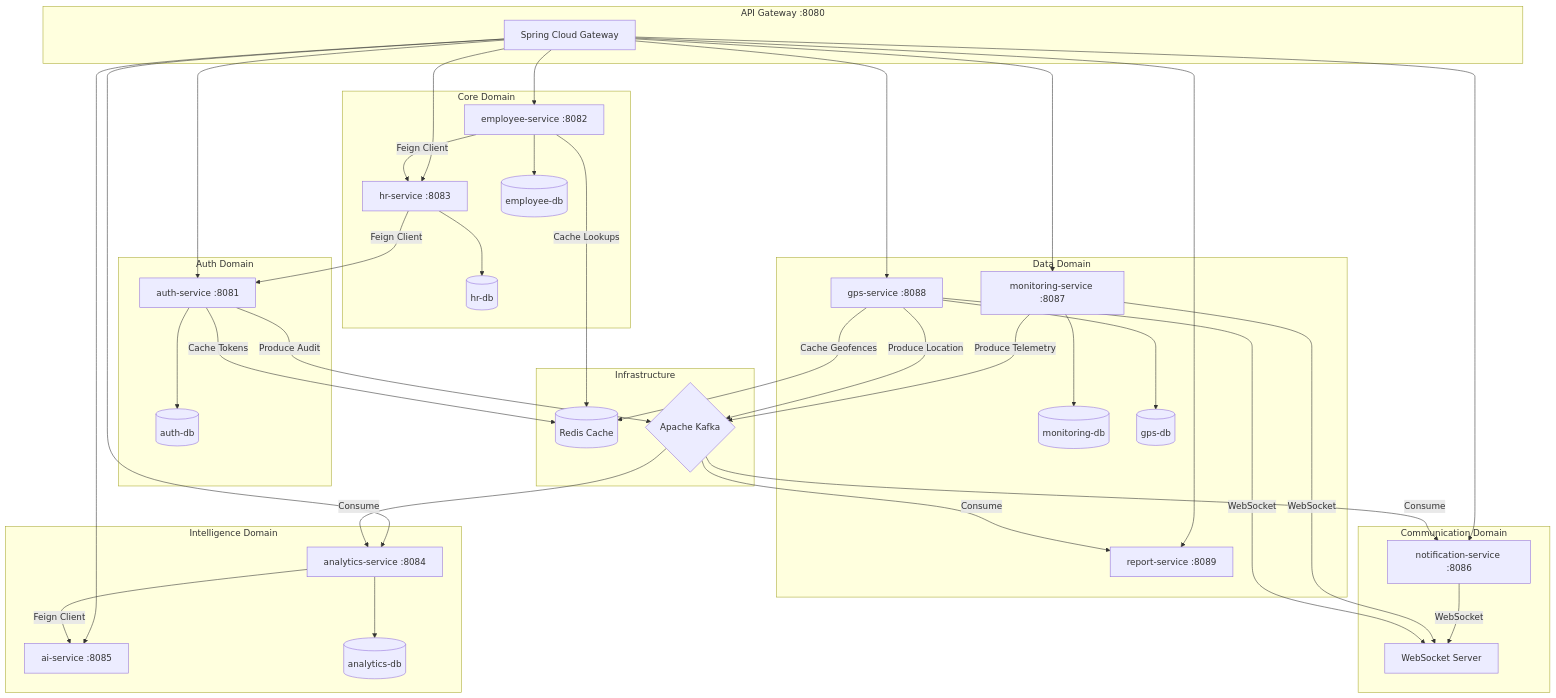
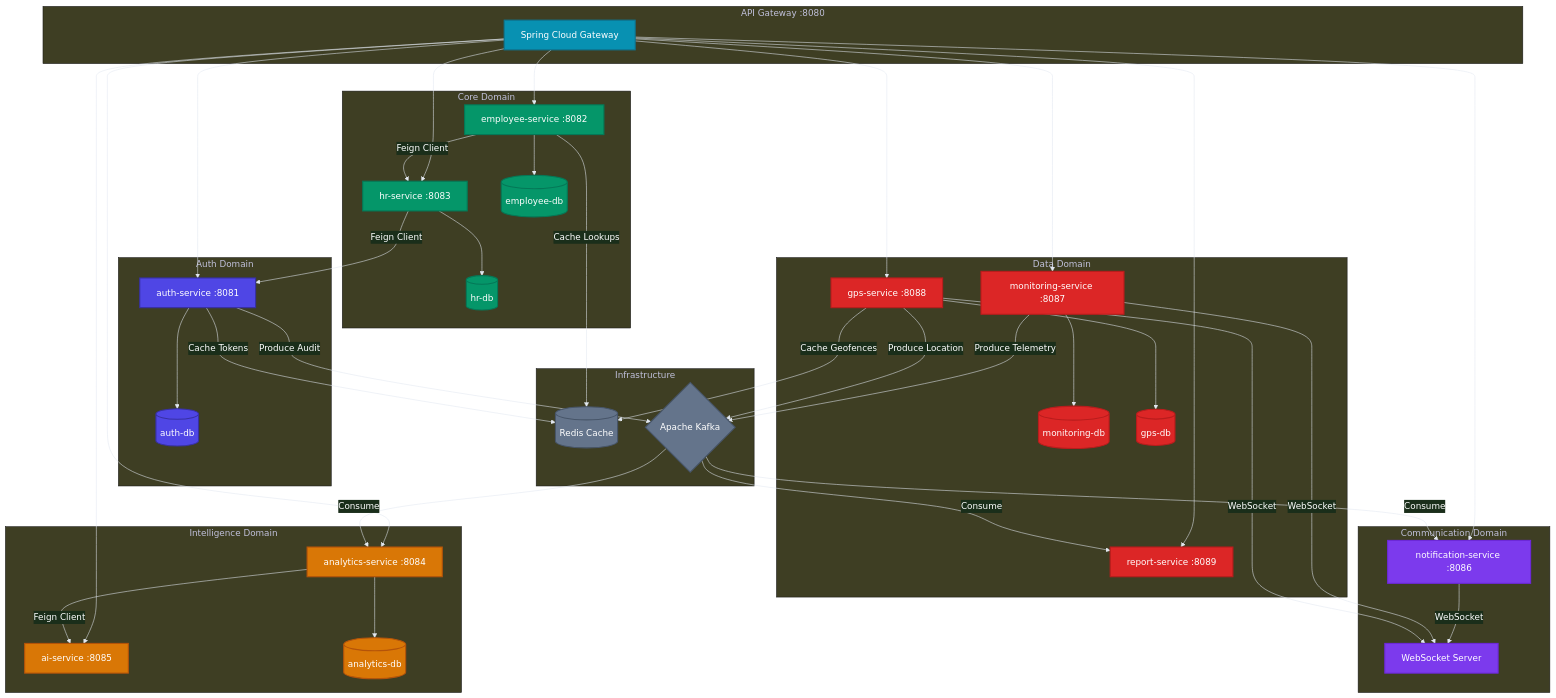
Diagram 11 of 12 in project_overview/FLOW_DIAGRAMS.md (GaganCB2002/WorkSphere-Enterprise-Grade-Activity-Intelligence_V1), drawn with Mermaid before and after one commit. The commit also changed other lines of this file and 2 other files, not shown here.

````diff
--- a/project_overview/FLOW_DIAGRAMS.md
+++ b/project_overview/FLOW_DIAGRAMS.md
@@ -701,5 +821,15 @@
 ```mermaid
+%%{init: {'theme':'base', 'themeVariables': {'primaryColor': '#1a1a2e', 'primaryTextColor': '#ffffff', 'lineColor': '#e2e8f0'}}}%%
 graph TB
+
+    classDef gateway fill:#0891b2,stroke:#0e7490,color:#fff,stroke-width:2px
+    classDef auth fill:#4f46e5,stroke:#3730a3,color:#fff,stroke-width:2px
+    classDef core fill:#059669,stroke:#047857,color:#fff,stroke-width:2px
+    classDef intel fill:#d97706,stroke:#b45309,color:#fff,stroke-width:2px
+    classDef comm fill:#7c3aed,stroke:#6d28d9,color:#fff,stroke-width:2px
+    classDef data fill:#dc2626,stroke:#b91c1c,color:#fff,stroke-width:2px
+    classDef infra fill:#64748b,stroke:#475569,color:#fff,stroke-width:2px
+
     subgraph Gateway["API Gateway :8080"]
         GW[Spring Cloud Gateway]
     end
@@ -775,4 +905,12 @@
     NOTIF -->|WebSocket| WS
     MON -->|WebSocket| WS
     GPS -->|WebSocket| WS
+
+    class GW gateway
+    class AUTH,AUTH_DB auth
+    class EMP,HR,EMP_DB,HR_DB core
+    class AN,AI,AN_DB intel
+    class NOTIF,WS comm
+    class MON,GPS,RPT,MON_DB,GPS_DB data
+    class RD,KF infra
 ```
````
